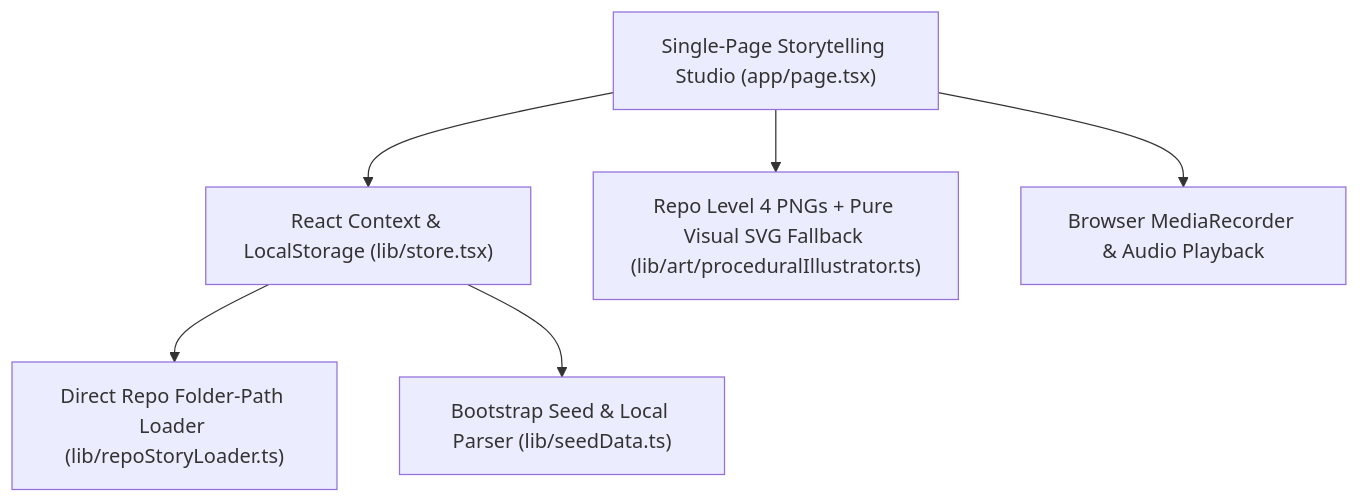
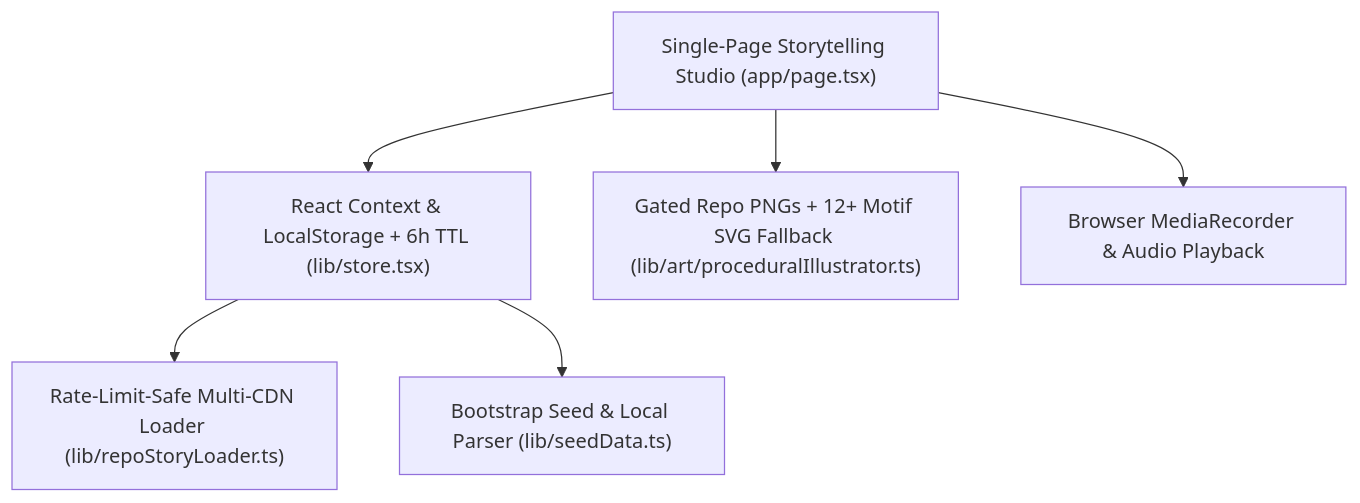
One commit to minhxuvi/ViWaldorf-harness changed the diagram in harness/specs/01-architecture-overview.md. Above: the diagram before and after it, drawn with Mermaid. The commit also changed other lines of this file and 13 other files, not shown here.

Commit message:
feat(ui,sync): refine 5-level storytelling UI/UX and add rate-limit-safe multi-CDN repo sync (Cycle 09)

````diff
--- a/harness/specs/01-architecture-overview.md
+++ b/harness/specs/01-architecture-overview.md
@@ -14,8 +14,8 @@
 ```mermaid
 graph TD
-    UI["Single-Page Storytelling Studio (app/page.tsx)"] --> STORE["React Context & LocalStorage (lib/store.tsx)"]
-    STORE --> LOADER["Direct Repo Folder-Path Loader (lib/repoStoryLoader.ts)"]
+    UI["Single-Page Storytelling Studio (app/page.tsx)"] --> STORE["React Context & LocalStorage + 6h TTL (lib/store.tsx)"]
+    STORE --> LOADER["Rate-Limit-Safe Multi-CDN Loader (lib/repoStoryLoader.ts)"]
     STORE --> SEED["Bootstrap Seed & Local Parser (lib/seedData.ts)"]
-    UI --> ART["Repo Level 4 PNGs + Pure Visual SVG Fallback (lib/art/proceduralIllustrator.ts)"]
+    UI --> ART["Gated Repo PNGs + 12+ Motif SVG Fallback (lib/art/proceduralIllustrator.ts)"]
     UI --> MIC["Browser MediaRecorder & Audio Playback"]
 ```
````
